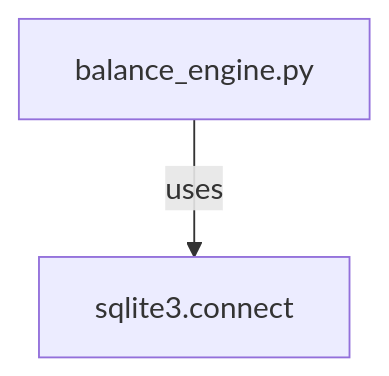
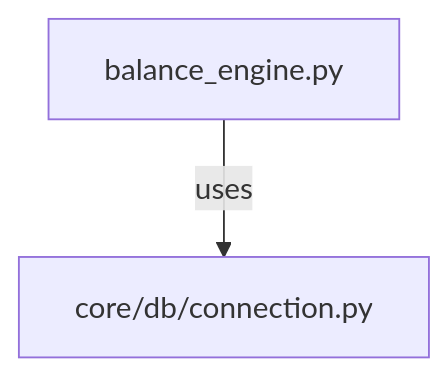
Before and after one commit to simcitysocial97-dev/ClariFin_OS: diagram 14 of 14 in docs/reports/Program_5_3B_Dependency_Graph.md, drawn with Mermaid. The commit also changed other lines of this file and 62 other files, not shown here.

````diff
--- a/docs/reports/Program_5_3B_Dependency_Graph.md
+++ b/docs/reports/Program_5_3B_Dependency_Graph.md
@@ -171,4 +176,4 @@
 ```mermaid
 graph TD
-    A[balance_engine.py] -->|uses| B[sqlite3.connect]
+    A[balance_engine.py] -->|uses| B[core/db/connection.py]
 ```
````
